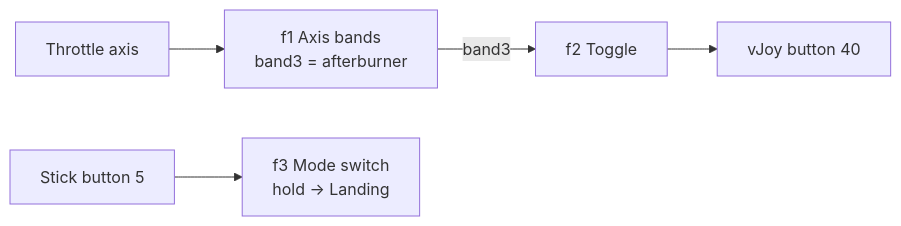
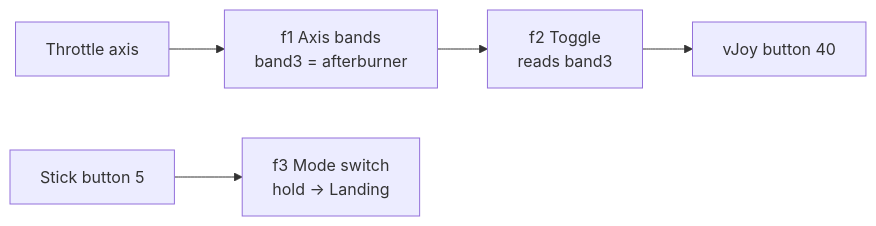
The second of 2 diagrams in website/content/gui/vjoy.md (Holdi601/JoystickProfiler2), drawn with Mermaid before and after one commit. The commit also changed other lines of this file and 718 other files, not shown here.

````diff
--- a/website/content/gui/vjoy.md
+++ b/website/content/gui/vjoy.md
@@ -115,7 +149,8 @@
 ```mermaid
 flowchart LR
   T["Throttle axis"] --> B["f1 Axis bands<br/>band3 = afterburner"]
-  B -->|band3| TG["f2 Toggle"]
+  B --> TG["f2 Toggle<br/>reads band3"]
   TG --> V1["vJoy button 40"]
   BTN["Stick button 5"] --> M["f3 Mode switch<br/>hold → Landing"]
+%% caption: Two chains: the throttle's afterburner band toggles vJoy button 40, and holding stick button 5 switches to the Landing mode.
 ```
````
